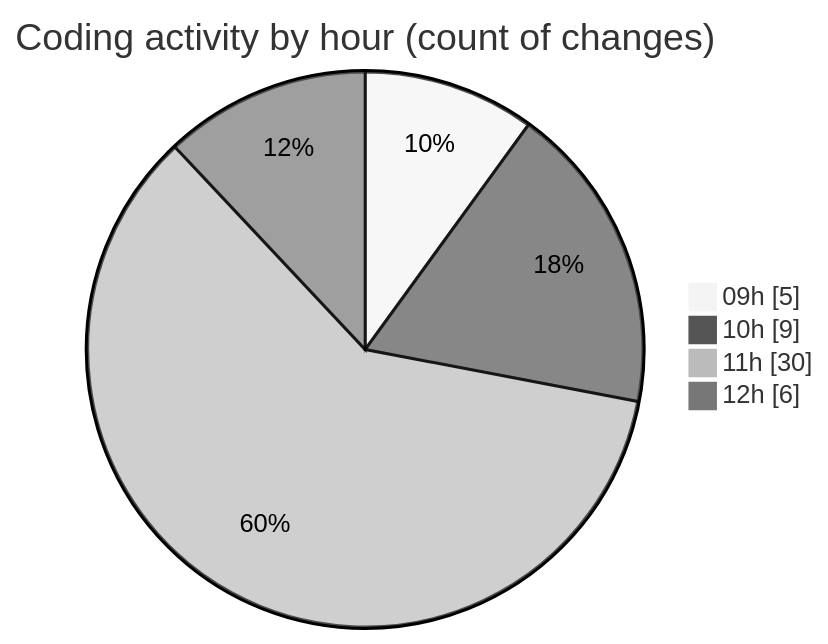
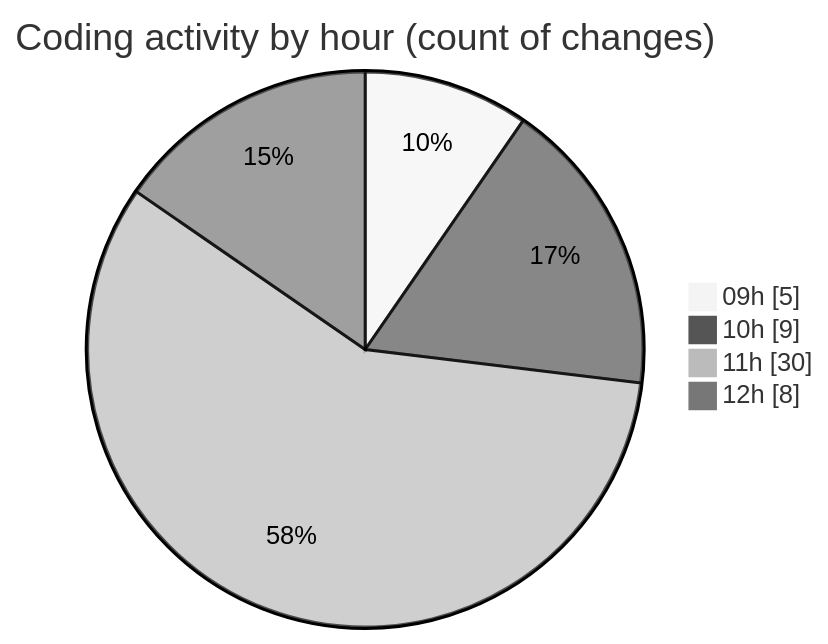
The second of 2 diagrams in 2025-02-03/cda/README.md (momahboobian/code-tracking), drawn with Mermaid (neutral theme) before and after one commit. The commit also changed other lines of this file and 1 other file, not shown here.

````diff
--- a/2025-02-03/cda/README.md
+++ b/2025-02-03/cda/README.md
@@ -31,8 +31,8 @@
 ```mermaid
 pie showData
 title Coding activity by hour (count of changes)
 "09h" : 5
 "10h" : 9
 "11h" : 30
-"12h" : 6
+"12h" : 8
 ```
````
